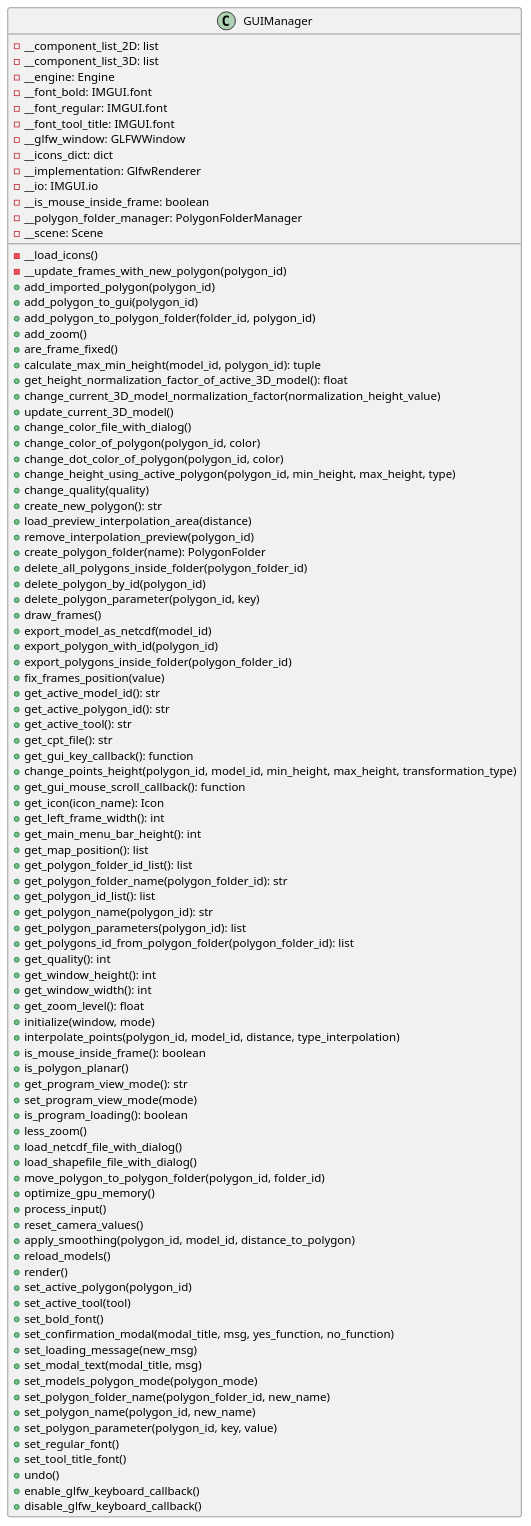
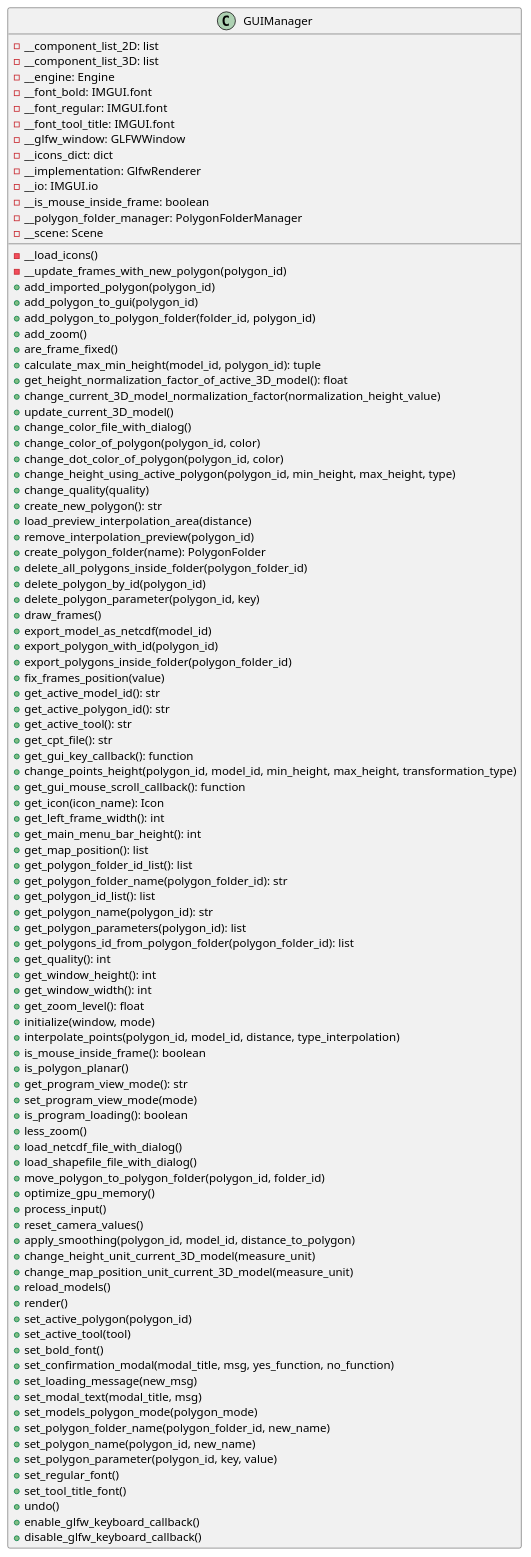
One commit to ferpoble2/Relief_Creator changed the diagram in docs/classes/GUIManager.puml. Above: the diagram before and after it, drawn with PlantUML. The commit also changed 9 other files, not shown here.

```diff
--- a/docs/classes/GUIManager.puml
+++ b/docs/classes/GUIManager.puml
@@ -1,100 +1,102 @@
 @startuml
 'https://plantuml.com/class-diagram
 class GUIManager{
     - __component_list_2D: list
     - __component_list_3D: list
     - __engine: Engine
     - __font_bold: IMGUI.font
     - __font_regular: IMGUI.font
     - __font_tool_title: IMGUI.font
     - __glfw_window: GLFWWindow
     - __icons_dict: dict
     - __implementation: GlfwRenderer
     - __io: IMGUI.io
     - __is_mouse_inside_frame: boolean
     - __polygon_folder_manager: PolygonFolderManager
     - __scene: Scene
 
     - __load_icons()
     - __update_frames_with_new_polygon(polygon_id)
     + add_imported_polygon(polygon_id)
     + add_polygon_to_gui(polygon_id)
     + add_polygon_to_polygon_folder(folder_id, polygon_id)
     + add_zoom()
     + are_frame_fixed()
     + calculate_max_min_height(model_id, polygon_id): tuple
     + get_height_normalization_factor_of_active_3D_model(): float
     + change_current_3D_model_normalization_factor(normalization_height_value)
     + update_current_3D_model()
     + change_color_file_with_dialog()
     + change_color_of_polygon(polygon_id, color)
     + change_dot_color_of_polygon(polygon_id, color)
     + change_height_using_active_polygon(polygon_id, min_height, max_height, type)
     + change_quality(quality)
     + create_new_polygon(): str
     + load_preview_interpolation_area(distance)
     + remove_interpolation_preview(polygon_id)
     + create_polygon_folder(name): PolygonFolder
     + delete_all_polygons_inside_folder(polygon_folder_id)
     + delete_polygon_by_id(polygon_id)
     + delete_polygon_parameter(polygon_id, key)
     + draw_frames()
     + export_model_as_netcdf(model_id)
     + export_polygon_with_id(polygon_id)
     + export_polygons_inside_folder(polygon_folder_id)
     + fix_frames_position(value)
     + get_active_model_id(): str
     + get_active_polygon_id(): str
     + get_active_tool(): str
     + get_cpt_file(): str
     + get_gui_key_callback(): function
     + change_points_height(polygon_id, model_id, min_height, max_height, transformation_type)
     + get_gui_mouse_scroll_callback(): function
     + get_icon(icon_name): Icon
     + get_left_frame_width(): int
     + get_main_menu_bar_height(): int
     + get_map_position(): list
     + get_polygon_folder_id_list(): list
     + get_polygon_folder_name(polygon_folder_id): str
     + get_polygon_id_list(): list
     + get_polygon_name(polygon_id): str
     + get_polygon_parameters(polygon_id): list
     + get_polygons_id_from_polygon_folder(polygon_folder_id): list
     + get_quality(): int
     + get_window_height(): int
     + get_window_width(): int
     + get_zoom_level(): float
     + initialize(window, mode)
     + interpolate_points(polygon_id, model_id, distance, type_interpolation)
     + is_mouse_inside_frame(): boolean
     + is_polygon_planar()
     + get_program_view_mode(): str
     + set_program_view_mode(mode)
     + is_program_loading(): boolean
     + less_zoom()
     + load_netcdf_file_with_dialog()
     + load_shapefile_file_with_dialog()
     + move_polygon_to_polygon_folder(polygon_id, folder_id)
     + optimize_gpu_memory()
     + process_input()
     + reset_camera_values()
     + apply_smoothing(polygon_id, model_id, distance_to_polygon)
+    + change_height_unit_current_3D_model(measure_unit)
+    + change_map_position_unit_current_3D_model(measure_unit)
     + reload_models()
     + render()
     + set_active_polygon(polygon_id)
     + set_active_tool(tool)
     + set_bold_font()
     + set_confirmation_modal(modal_title, msg, yes_function, no_function)
     + set_loading_message(new_msg)
     + set_modal_text(modal_title, msg)
     + set_models_polygon_mode(polygon_mode)
     + set_polygon_folder_name(polygon_folder_id, new_name)
     + set_polygon_name(polygon_id, new_name)
     + set_polygon_parameter(polygon_id, key, value)
     + set_regular_font()
     + set_tool_title_font()
     + undo()
     + enable_glfw_keyboard_callback()
     + disable_glfw_keyboard_callback()
 }
 @enduml
```
